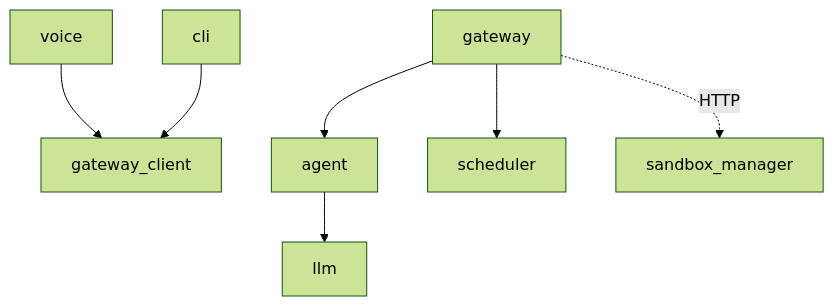
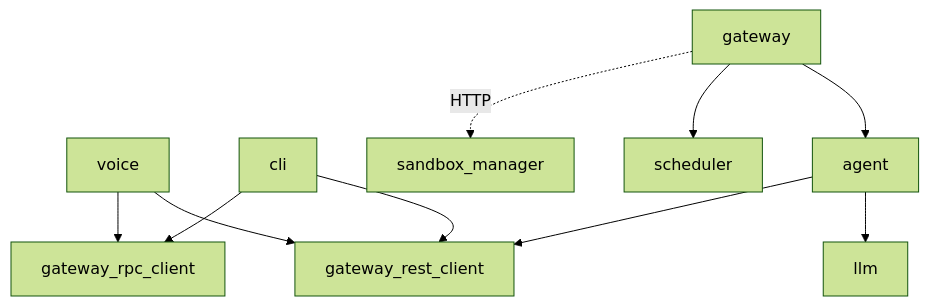
Before and after one commit to mathisarends/cara: the second of 2 diagrams in README.md, drawn with Mermaid (forest theme). The commit also changed other lines of this file and 122 other files, not shown here.

First line of the commit message:
refactor(gateway): split REST resources from the JSON-RPC socket

````diff
--- a/README.md
+++ b/README.md
@@ -82,14 +86,18 @@
 ```mermaid
 flowchart TD
-    voice --> gateway_client
-    cli --> gateway_client
+    voice --> gateway_rest_client
+    voice --> gateway_rpc_client
+    cli --> gateway_rest_client
+    cli --> gateway_rpc_client
     gateway --> agent
     gateway --> scheduler
     agent --> llm
+    agent --> gateway_rest_client
     gateway -.->|"HTTP"| sandbox_manager
 
-    gateway_client
+    gateway_rest_client
+    gateway_rpc_client
     sandbox_manager
     scheduler
     llm
 ```
````
